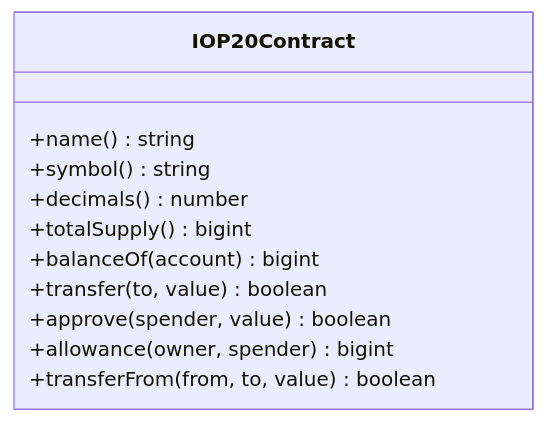
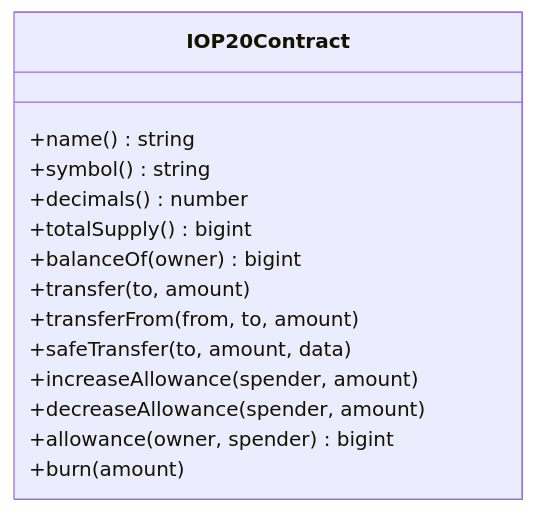
One commit to btc-vision/opnet changed the diagram in docs/examples/op20-examples.md. Above: the diagram before and after it, drawn with Mermaid. The commit also changed other lines of this file and 71 other files, not shown here.

````diff
--- a/docs/examples/op20-examples.md
+++ b/docs/examples/op20-examples.md
@@ -22,14 +22,17 @@
 ```mermaid
 classDiagram
     class IOP20Contract {
         +name() string
         +symbol() string
         +decimals() number
         +totalSupply() bigint
-        +balanceOf(account) bigint
-        +transfer(to, value) boolean
-        +approve(spender, value) boolean
+        +balanceOf(owner) bigint
+        +transfer(to, amount)
+        +transferFrom(from, to, amount)
+        +safeTransfer(to, amount, data)
+        +increaseAllowance(spender, amount)
+        +decreaseAllowance(spender, amount)
         +allowance(owner, spender) bigint
-        +transferFrom(from, to, value) boolean
+        +burn(amount)
     }
 ```
````
